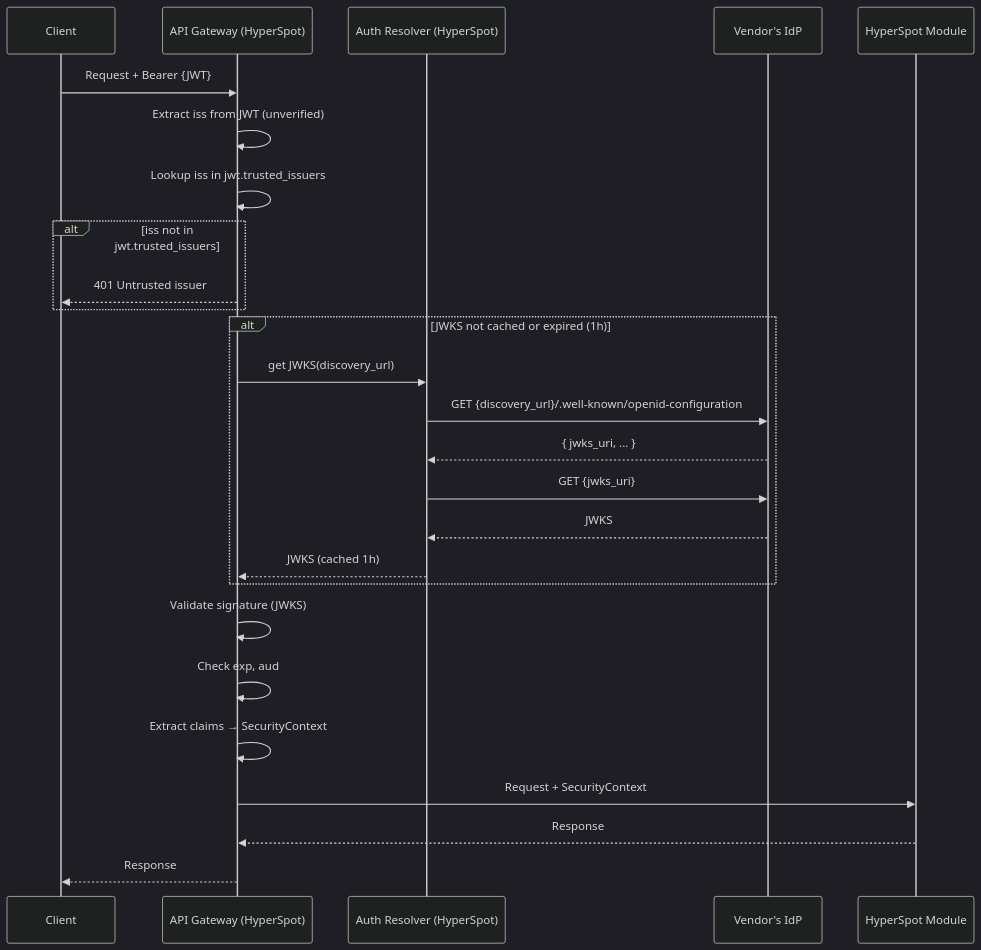
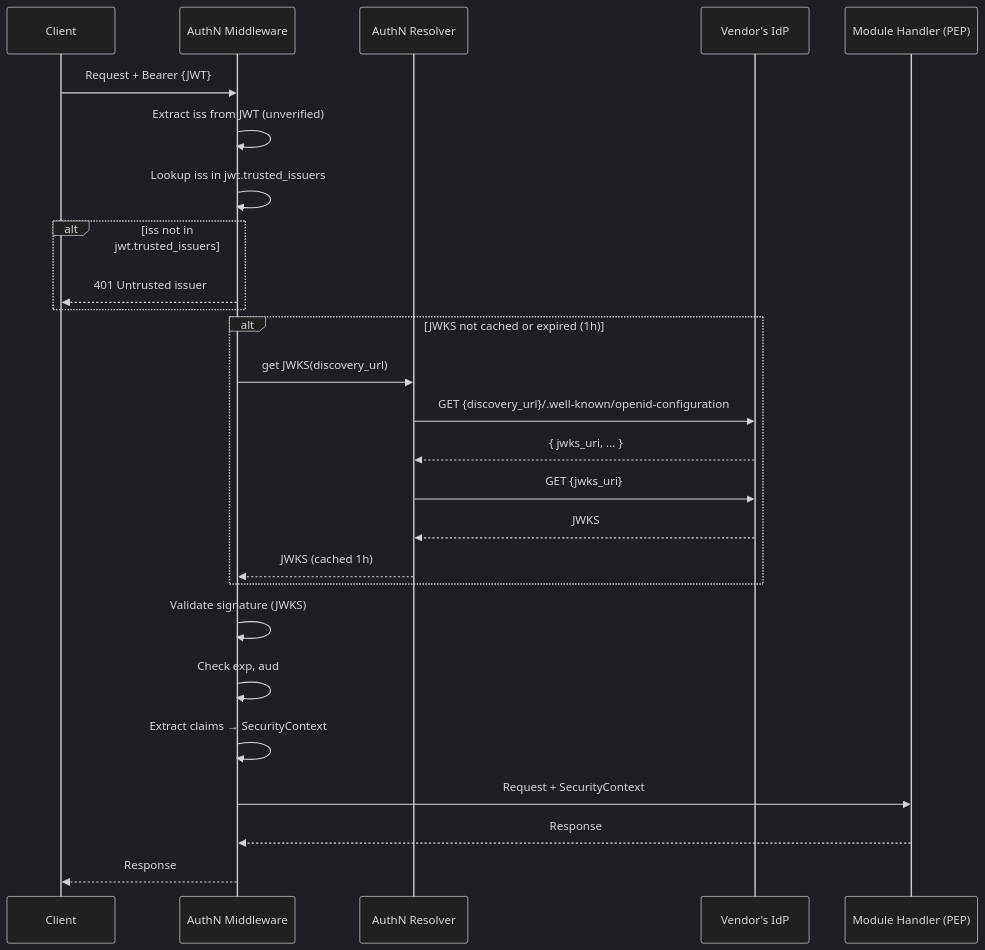
The third of 5 diagrams in docs/authorization/AUTH.md (aviator5/hyperspot), drawn with Mermaid (dark theme) before and after one commit. The commit also changed other lines of this file and 4 other files, not shown here.

Commit message:
split Auth Resolver into AuthN Resolver and AuthZ Resolver

````diff
--- a/docs/authorization/AUTH.md
+++ b/docs/authorization/AUTH.md
@@ -338,32 +422,32 @@
 ```mermaid
 sequenceDiagram
     participant Client
-    participant Gateway as API Gateway (HyperSpot)
-    participant AuthResolver as Auth Resolver (HyperSpot)
+    participant Middleware as AuthN Middleware
+    participant AuthN as AuthN Resolver
     participant IdP as Vendor's IdP
-    participant Module as HyperSpot Module
+    participant Handler as Module Handler (PEP)
 
-    Client->>Gateway: Request + Bearer {JWT}
-    Gateway->>Gateway: Extract iss from JWT (unverified)
-    Gateway->>Gateway: Lookup iss in jwt.trusted_issuers
+    Client->>Middleware: Request + Bearer {JWT}
+    Middleware->>Middleware: Extract iss from JWT (unverified)
+    Middleware->>Middleware: Lookup iss in jwt.trusted_issuers
 
     alt iss not in jwt.trusted_issuers
-        Gateway-->>Client: 401 Untrusted issuer
+        Middleware-->>Client: 401 Untrusted issuer
     end
 
     alt JWKS not cached or expired (1h)
-        Gateway->>AuthResolver: get JWKS(discovery_url)
-        AuthResolver->>IdP: GET {discovery_url}/.well-known/openid-configuration
-        IdP-->>AuthResolver: { jwks_uri, ... }
-        AuthResolver->>IdP: GET {jwks_uri}
-        IdP-->>AuthResolver: JWKS
-        AuthResolver-->>Gateway: JWKS (cached 1h)
+        Middleware->>AuthN: get JWKS(discovery_url)
+        AuthN->>IdP: GET {discovery_url}/.well-known/openid-configuration
+        IdP-->>AuthN: { jwks_uri, ... }
+        AuthN->>IdP: GET {jwks_uri}
+        IdP-->>AuthN: JWKS
+        AuthN-->>Middleware: JWKS (cached 1h)
     end
 
-    Gateway->>Gateway: Validate signature (JWKS)
-    Gateway->>Gateway: Check exp, aud
-    Gateway->>Gateway: Extract claims → SecurityContext
-    Gateway->>Module: Request + SecurityContext
-    Module-->>Gateway: Response
-    Gateway-->>Client: Response
+    Middleware->>Middleware: Validate signature (JWKS)
+    Middleware->>Middleware: Check exp, aud
+    Middleware->>Middleware: Extract claims → SecurityContext
+    Middleware->>Handler: Request + SecurityContext
+    Handler-->>Middleware: Response
+    Middleware-->>Client: Response
 ```
````
